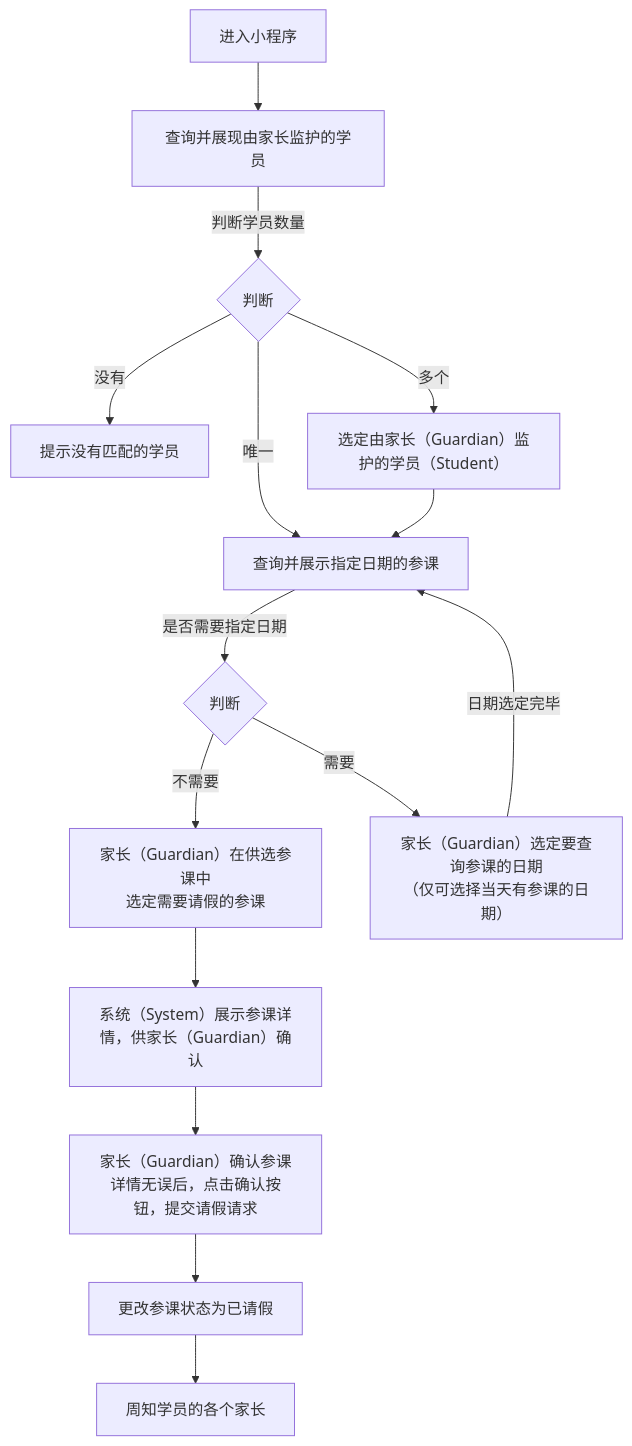
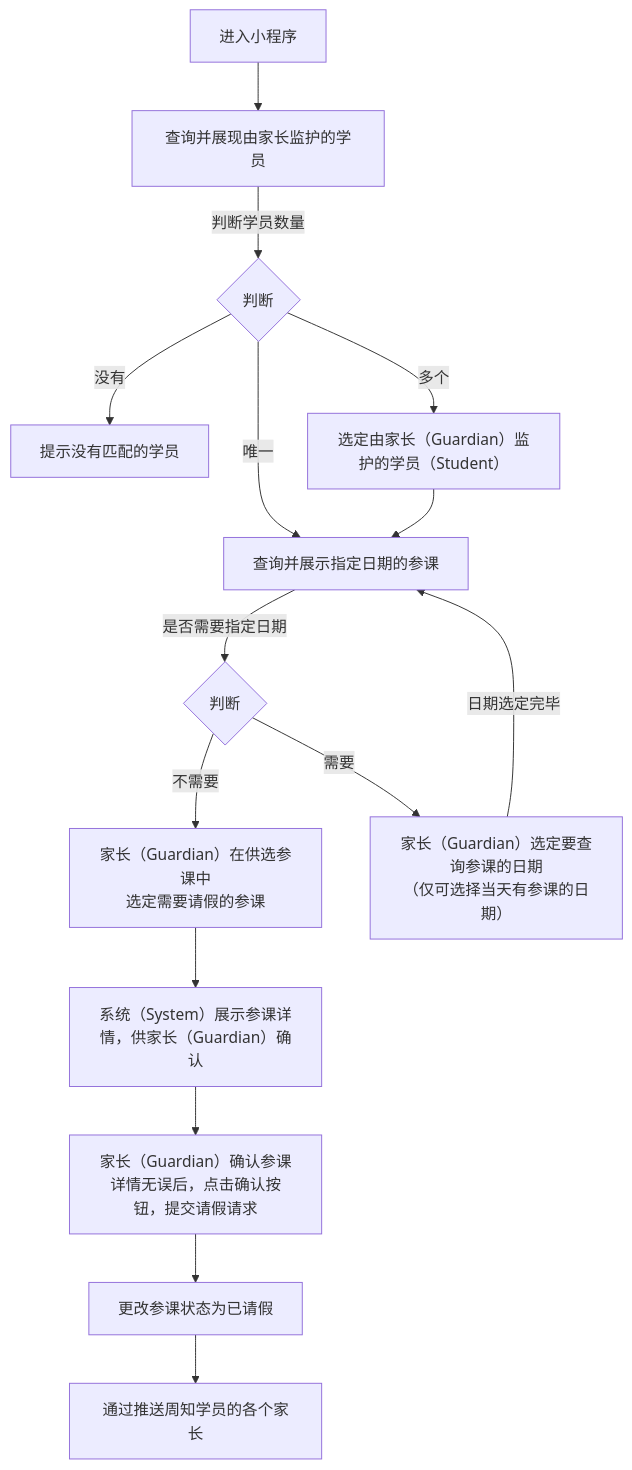
The diagram in 用例/请假.md (world-wide-web/sign), drawn with Mermaid before and after one commit. The commit also changed other lines of this file, not shown here.

````diff
--- a/用例/请假.md
+++ b/用例/请假.md
@@ -7,48 +7,48 @@
 ```mermaid
 graph TD
 
 进入小程序-->查询并展现由家长监护的学员
 
 查询并展现由家长监护的学员--判断学员数量-->判断学员数量
 
 判断学员数量--没有-->提示没有匹配的学员
 
 判断学员数量--唯一-->查询并展示指定日期的参课
 
 判断学员数量--多个-->选定学员
 
 选定学员-->查询并展示指定日期的参课
 
 查询并展示指定日期的参课--是否需要指定日期-->决定是否需要指定日期
 
 决定是否需要指定日期--不需要-->选定参课
 
 决定是否需要指定日期--需要-->选定日期
 
 选定日期--日期选定完毕-->查询并展示指定日期的参课
 
 选定参课-->展示参课详情
 
 展示参课详情-->提交请假请求
 
 提交请假请求-->更改参课状态为已请假
 
-更改参课状态为已请假-->周知学员的各个家长
+更改参课状态为已请假-->通过推送周知学员的各个家长
 
 判断学员数量{"<center>判断</center>"}
 
 选定学员["<center>选定由家长（Guardian）监护的学员（Student）</center>"]
 
 决定是否需要指定日期{"<center>判断</center>"}
 
 选定日期["<center>家长（Guardian）选定要查询参课的日期<br>（仅可选择当天有参课的日期）</center>"]
 
 选定参课["<center>家长（Guardian）在供选参课中<br>选定需要请假的参课</center>"]
 
 展示参课详情["<center>系统（System）展示参课详情，供家长（Guardian）确认</center>"]
 
 提交请假请求["<center>家长（Guardian）确认参课详情无误后，点击确认按钮，提交请假请求</center>"]
 
 
 
 ```
````
